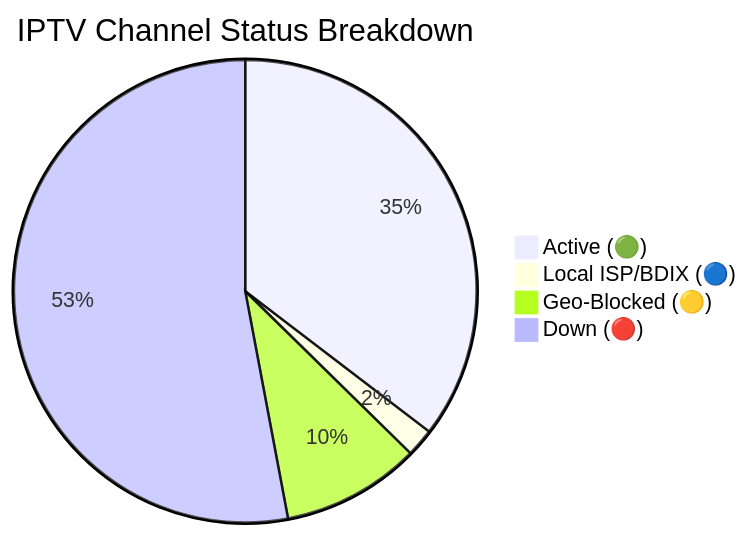
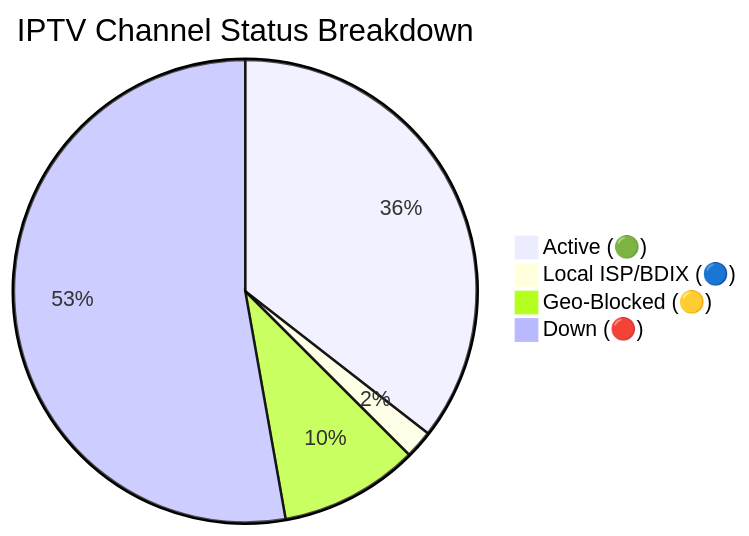
Before and after one commit to andreataylord/Ip-tv-Collection: the diagram in README.md, drawn with Mermaid. The commit also changed other lines of this file and 1 other file, not shown here.

Commit message:
docs(readme): auto-update daily channel status chart

````diff
--- a/README.md
+++ b/README.md
@@ -59,7 +59,7 @@
 ```mermaid
 pie title IPTV Channel Status Breakdown
-    "Active (🟢)" : 2304
+    "Active (🟢)" : 2313
     "Local ISP/BDIX (🔵)" : 128
-    "Geo-Blocked (🟡)" : 631
-    "Down (🔴)" : 3449
+    "Geo-Blocked (🟡)" : 633
+    "Down (🔴)" : 3438
 ```
````
